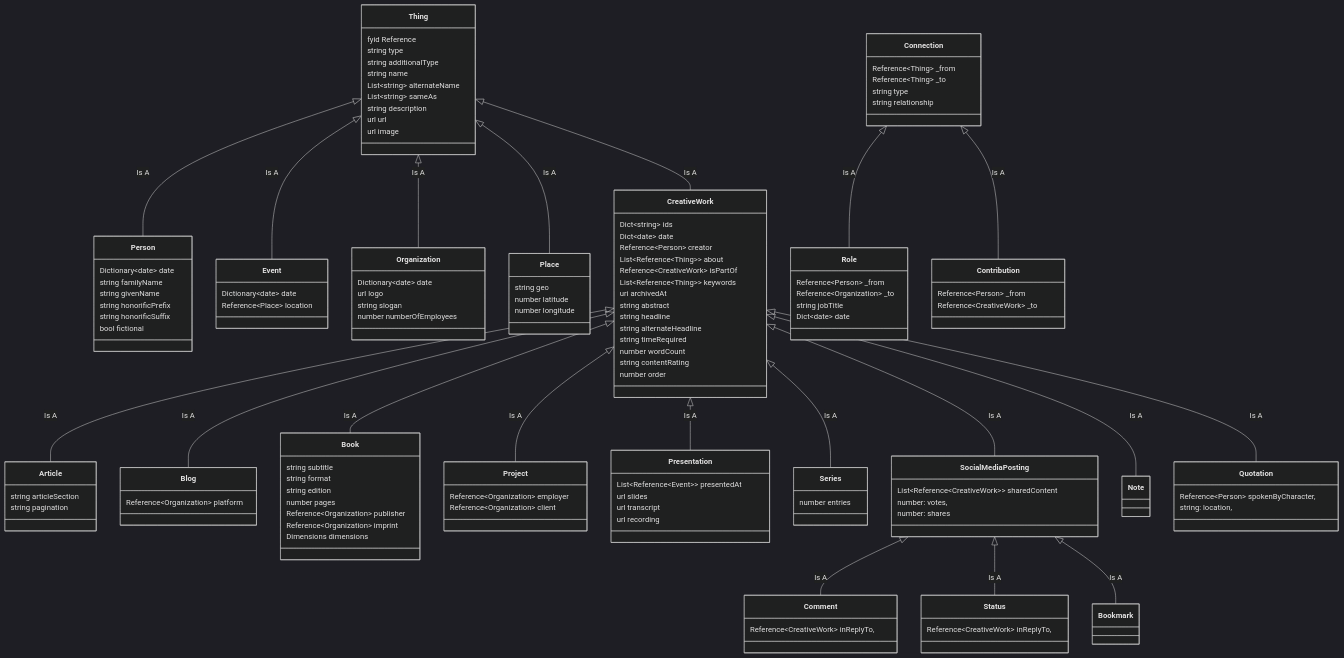
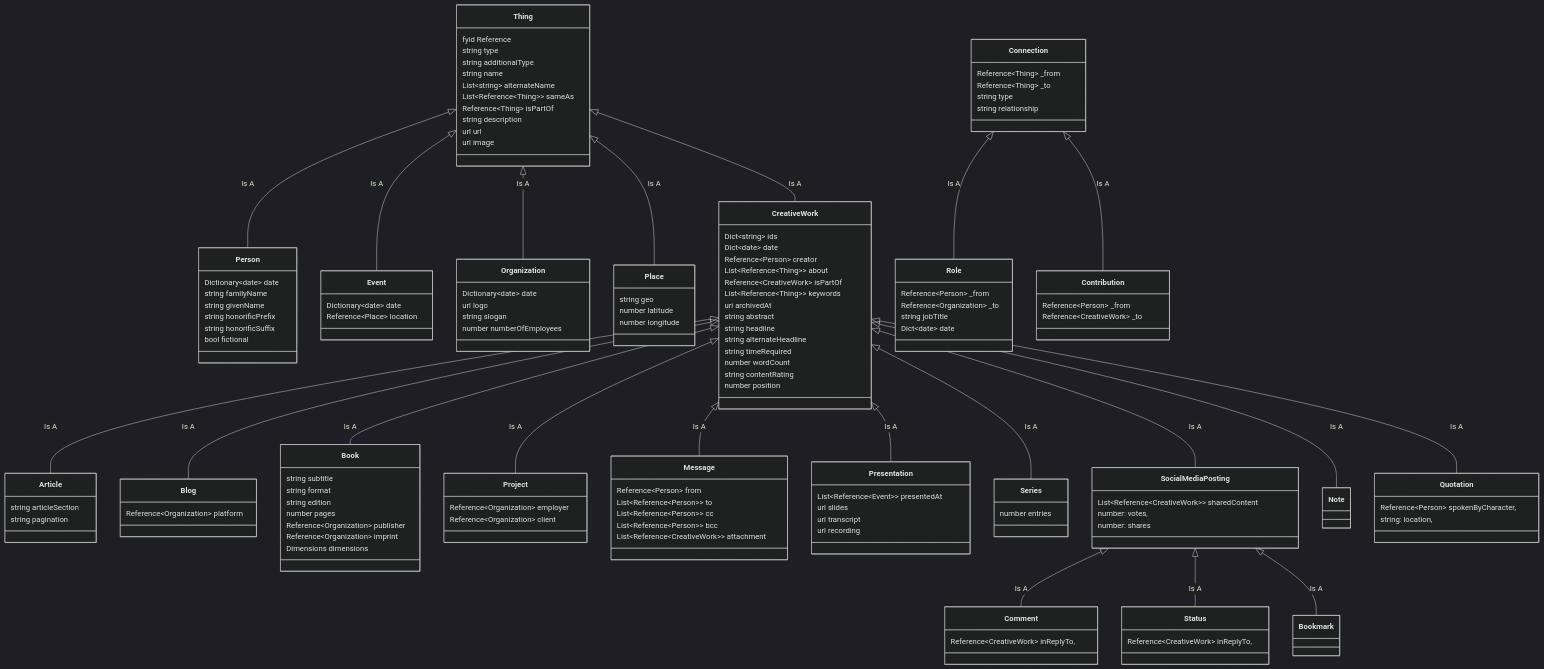
Before and after one commit to eaton/schema: the diagram in README.md, drawn with Mermaid (dark theme). The commit also changed other lines of this file and 11 other files, not shown here.

Commit message:
Fussing with CreativeWork vs Thing and some property docs

```diff
--- a/README.md
+++ b/README.md
@@ -22,7 +28,8 @@
         string additionalType
         string name
         List~string~ alternateName
-        List~string~ sameAs
+        List~Reference~Thing~~ sameAs
+        Reference~Thing~ isPartOf
         string description
         url url
         url image
@@ -73,7 +80,7 @@
         string timeRequired
         number wordCount
         string contentRating
-        number order
+        number position
     }
     Thing <|-- CreativeWork : Is A
 
@@ -104,6 +111,15 @@
         Reference~Organization~ client
     }
     CreativeWork <|-- Project : Is A
+
+    class Message {
+        Reference~Person~ from
+        List~Reference~Person~~ to
+        List~Reference~Person~~ cc
+        List~Reference~Person~~ bcc
+        List~Reference~CreativeWork~~ attachment
+    }
+    CreativeWork <|-- Message : Is A
 
     class Presentation {
         List~Reference~Event~~ presentedAt
```
